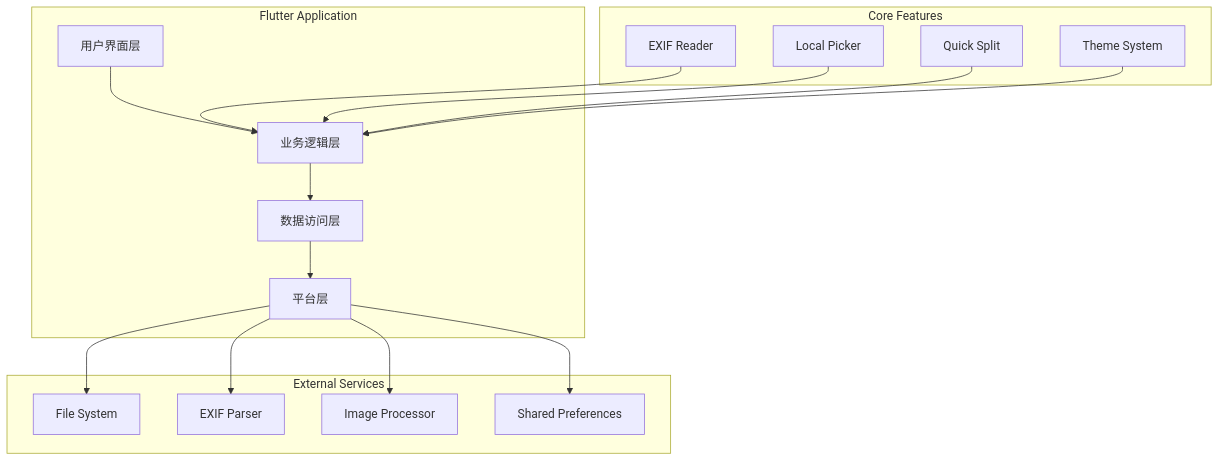
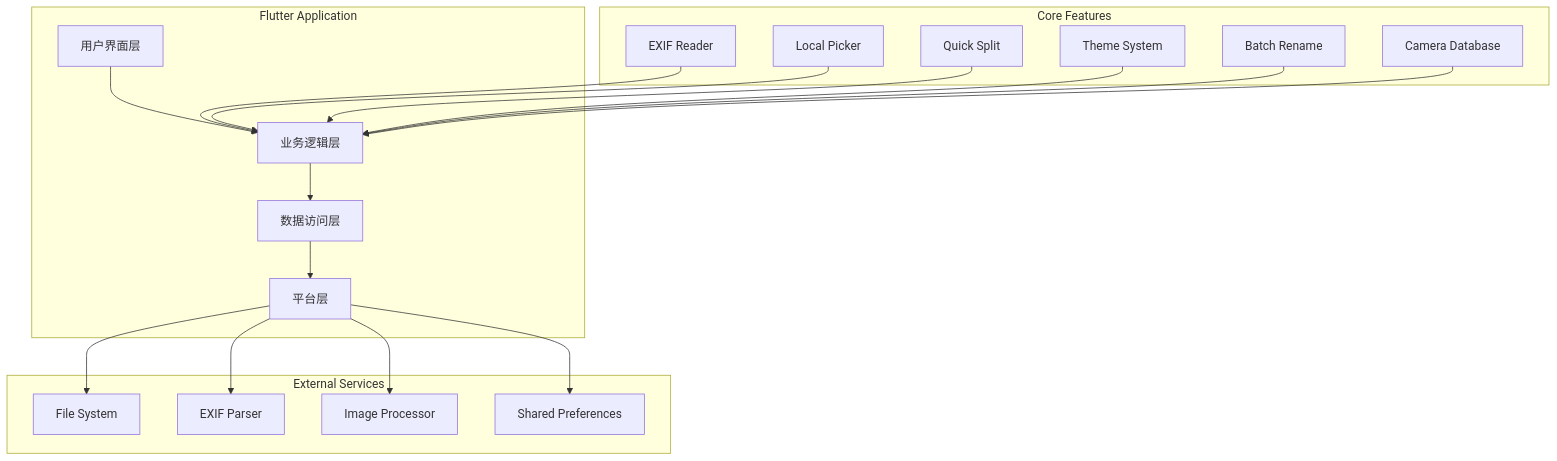
The first of 8 diagrams in memory_bank/architecture.md (OldSuns/Camera_Toolbox), drawn with Mermaid before and after one commit. The commit also changed other lines of this file and 17 other files, not shown here.

````diff
--- a/memory_bank/architecture.md
+++ b/memory_bank/architecture.md
@@ -5,36 +5,40 @@
 ```mermaid
 graph TB
     subgraph "Flutter Application"
         UI[用户界面层]
         BL[业务逻辑层]
         DL[数据访问层]
         PF[平台层]
     end
     
     subgraph "Core Features"
         ER[EXIF Reader]
         LP[Local Picker]
         QS[Quick Split]
         TS[Theme System]
+        BR[Batch Rename]
+        CD[Camera Database]
     end
     
     subgraph "External Services"
         FS[File System]
         EXIF[EXIF Parser]
         IMG[Image Processor]
         PREFS[Shared Preferences]
     end
     
     UI --> BL
     BL --> DL
     DL --> PF
     PF --> FS
     PF --> EXIF
     PF --> IMG
     PF --> PREFS
     
     ER --> BL
     LP --> BL
     QS --> BL
     TS --> BL
+    BR --> BL
+    CD --> BL
 ```
````
